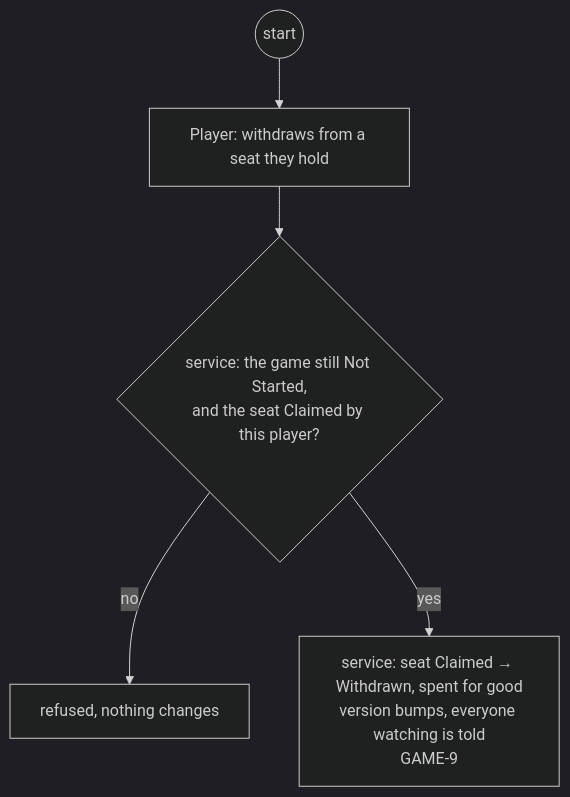
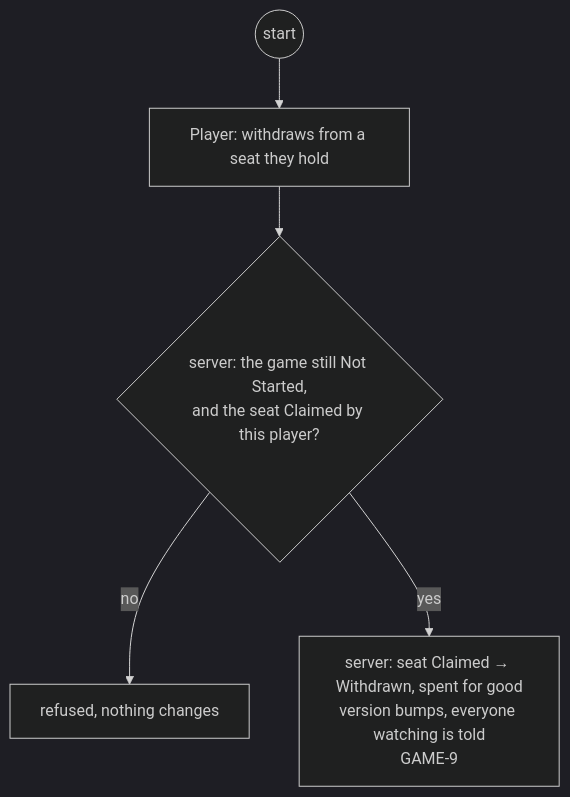
Before and after one commit to delphside/programme: diagram 13 of 29 in docs/changes/workstreams/application-game-architecture/71-one-game-model/71-functional.md, drawn with Mermaid (dark theme). The commit also changed other lines of this file, not shown here.

First line of the commit message:
app 0.9.2 api 2.16: 71: Tile Lite Elite Server, server steps, and question references name #71

````diff
--- a/docs/changes/workstreams/application-game-architecture/71-one-game-model/71-functional.md
+++ b/docs/changes/workstreams/application-game-architecture/71-one-game-model/71-functional.md
@@ -271,7 +271,7 @@
 ```mermaid
 flowchart TD
   s0((start)) --> p1["Player: withdraws from a seat they hold"]
-  p1 --> v1{"service: the game still Not Started,<br/>and the seat Claimed by this player?"}
+  p1 --> v1{"server: the game still Not Started,<br/>and the seat Claimed by this player?"}
   v1 -- no --> r1["refused, nothing changes"]
-  v1 -- yes --> t1["service: seat Claimed → Withdrawn, spent for good<br/>version bumps, everyone watching is told<br/>GAME-9"]
+  v1 -- yes --> t1["server: seat Claimed → Withdrawn, spent for good<br/>version bumps, everyone watching is told<br/>GAME-9"]
 ```
````
